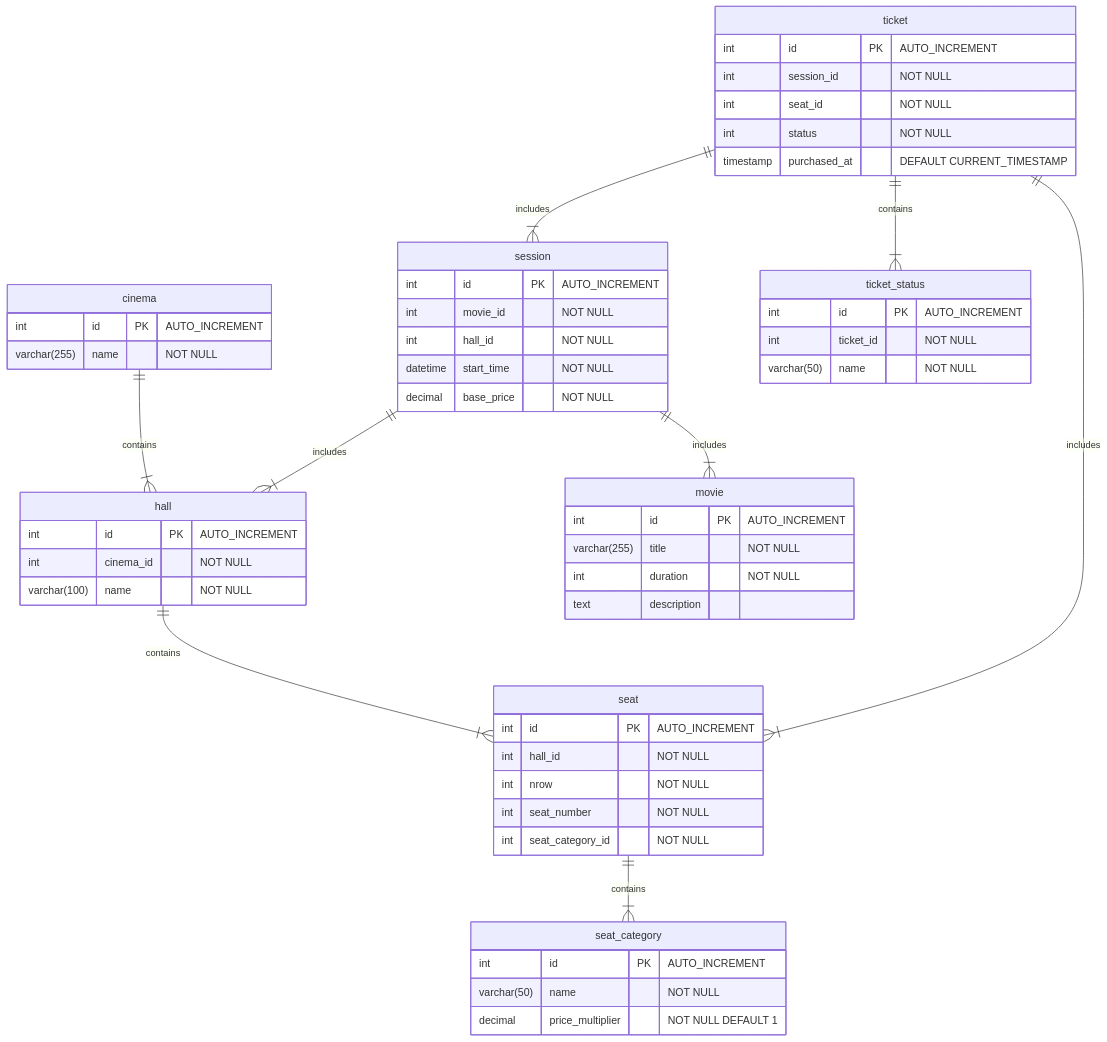
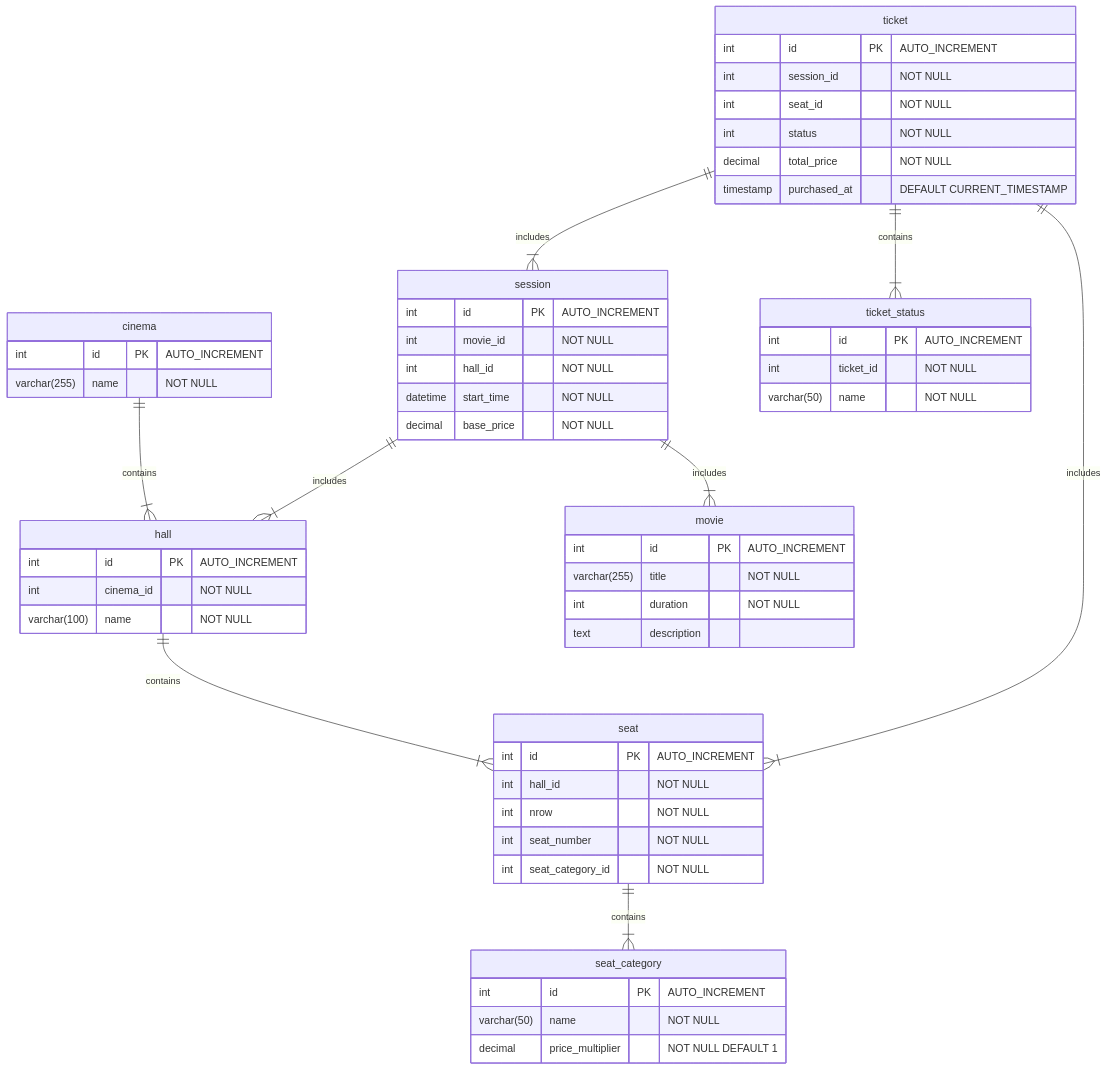
The diagram in mermaid.mmd (otusteamedu/PHP_2025), drawn with Mermaid before and after one commit. The commit also changed other lines of this file and 4 other files, not shown here.

Commit message:
add column total_price for ticket

```diff
--- a/mermaid.mmd
+++ b/mermaid.mmd
@@ -1,65 +1,66 @@
 erDiagram
     cinema || --|{ hall : contains
     hall || --|{ seat : contains
     seat || --|{ seat_category : contains
 
     session || --|{ movie : includes
     session || --|{ hall : includes
     
     ticket || --|{ session : includes
     ticket || -- |{ seat : includes
     ticket || -- |{ ticket_status : contains
 
     cinema {
         int id PK "AUTO_INCREMENT"
         varchar(255) name "NOT NULL"
     }
 
     hall {
         int id PK "AUTO_INCREMENT"
         int cinema_id "NOT NULL"
         varchar(100) name "NOT NULL"      
     }
 
     seat {
         int id PK "AUTO_INCREMENT"
         int hall_id "NOT NULL"
         int nrow "NOT NULL"
         int seat_number "NOT NULL"
         int seat_category_id "NOT NULL"
     }
 
     seat_category {
         int id PK "AUTO_INCREMENT"
         varchar(50) name "NOT NULL"
         decimal price_multiplier "NOT NULL DEFAULT 1"
     }
 
     movie {
         int id PK "AUTO_INCREMENT"
         varchar(255) title "NOT NULL"
         int duration "NOT NULL"
         text description
     }
 
     session {
         int id PK "AUTO_INCREMENT"
         int movie_id "NOT NULL"
         int hall_id "NOT NULL"
         datetime start_time "NOT NULL"
         decimal base_price "NOT NULL"
     }
 
+    ticket_status {
+         int id PK "AUTO_INCREMENT"
+         int ticket_id "NOT NULL"
+         varchar(50) name "NOT NULL"
+    }
+
     ticket {
         int id PK "AUTO_INCREMENT"
         int session_id "NOT NULL"
         int seat_id "NOT NULL"
         int status "NOT NULL"
+        decimal total_price "NOT NULL"
         timestamp purchased_at "DEFAULT CURRENT_TIMESTAMP"
     }
-
-    ticket_status {
-         int id PK "AUTO_INCREMENT"
-         int ticket_id "NOT NULL"
-         varchar(50) name "NOT NULL"
-    }
```
